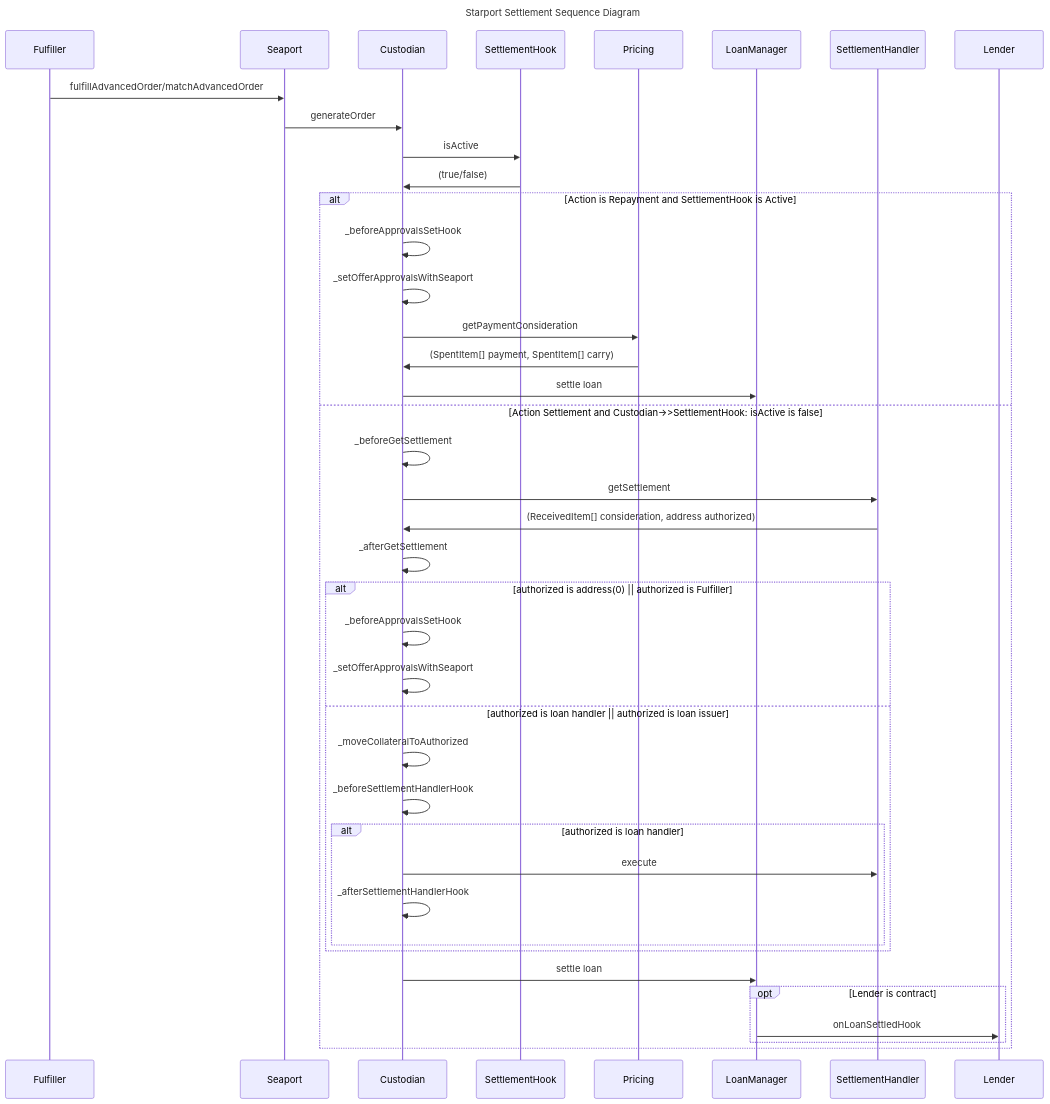
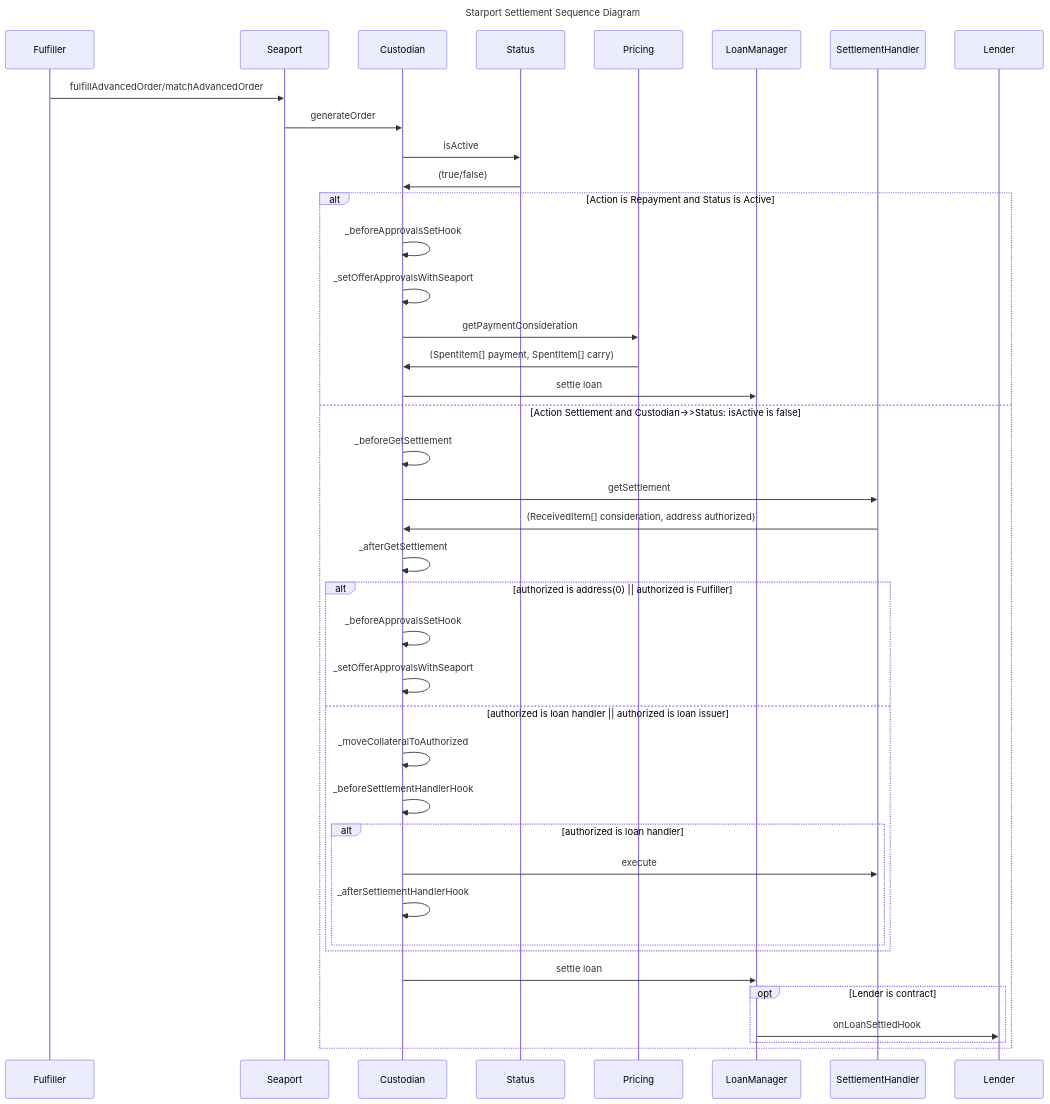
Before and after one commit to AstariaXYZ/starport: the diagram in mermaid/settlement.mmd, drawn with Mermaid. The commit also changed 59 other files, not shown here.

```diff
--- a/mermaid/settlement.mmd
+++ b/mermaid/settlement.mmd
@@ -1,35 +1,35 @@
 sequenceDiagram
     title Starport Settlement Sequence Diagram
     participant F as Fulfiller
 
     F->>Seaport: fulfillAdvancedOrder/matchAdvancedOrder
     Seaport->>Custodian: generateOrder
-    Custodian->>SettlementHook: isActive
-    SettlementHook->>Custodian: (true/false)
-    alt Action is Repayment and SettlementHook is Active
+    Custodian->>Status: isActive
+    Status->>Custodian: (true/false)
+    alt Action is Repayment and Status is Active
         Custodian->>Custodian: _beforeApprovalsSetHook
         Custodian->>Custodian: _setOfferApprovalsWithSeaport
         Custodian->>Pricing: getPaymentConsideration
         Pricing->>Custodian: (SpentItem[] payment, SpentItem[] carry)
         Custodian->>LoanManager: settle loan
-    else Action Settlement and Custodian->>SettlementHook: isActive is false
+    else Action Settlement and Custodian->>Status: isActive is false
         Custodian->>Custodian: _beforeGetSettlement
         Custodian->>SettlementHandler: getSettlement
         SettlementHandler->>Custodian: (ReceivedItem[] consideration, address authorized)
         Custodian->>Custodian: _afterGetSettlement
         alt authorized is address(0) || authorized is Fulfiller
             Custodian->>Custodian: _beforeApprovalsSetHook
             Custodian->>Custodian: _setOfferApprovalsWithSeaport
         else authorized is loan handler || authorized is loan issuer
             Custodian->>Custodian: _moveCollateralToAuthorized
             Custodian->>Custodian: _beforeSettlementHandlerHook
             alt authorized is loan handler
                 Custodian->>SettlementHandler: execute
                 Custodian->>Custodian: _afterSettlementHandlerHook
             end
         end
         Custodian->>LoanManager: settle loan
         opt Lender is contract
             LoanManager->>Lender: onLoanSettledHook
         end
     end
```
